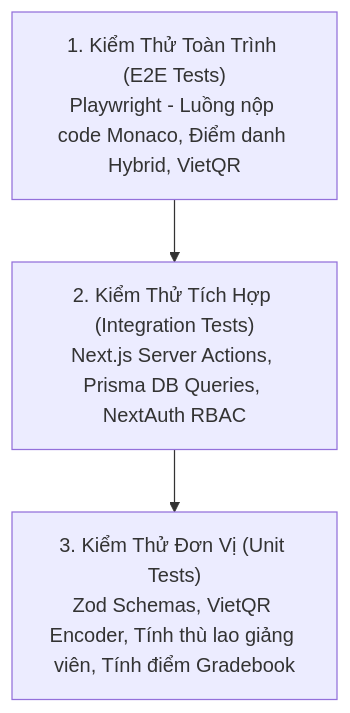
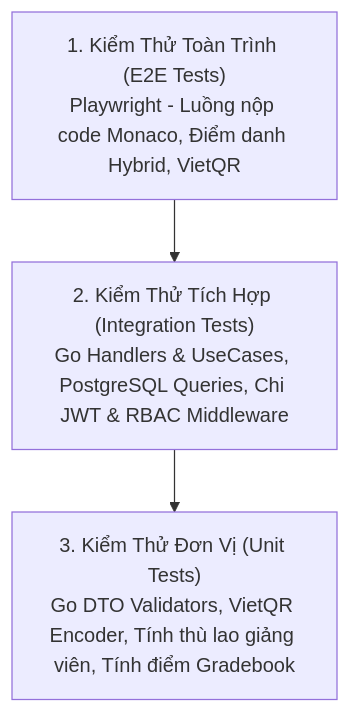
Before and after one commit to thang1834/lms: the diagram in docs/test-plan.md, drawn with Mermaid. The commit also changed 2 other files, not shown here.

Commit message:
refactor(docs): remove obsolete lms-documentation-plan.md, sync lms-center-platform.md with Go models and Taskfile

````diff
--- a/docs/test-plan.md
+++ b/docs/test-plan.md
@@ -14,9 +14,9 @@
 ```mermaid
 flowchart TD
     E2E["1. Kiểm Thử Toàn Trình (E2E Tests)<br/>Playwright - Luồng nộp code Monaco, Điểm danh Hybrid, VietQR"]
-    Integration["2. Kiểm Thử Tích Hợp (Integration Tests)<br/>Next.js Server Actions, Prisma DB Queries, NextAuth RBAC"]
-    Unit["3. Kiểm Thử Đơn Vị (Unit Tests)<br/>Zod Schemas, VietQR Encoder, Tính thù lao giảng viên, Tính điểm Gradebook"]
+    Integration["2. Kiểm Thử Tích Hợp (Integration Tests)<br/>Go Handlers & UseCases, PostgreSQL Queries, Chi JWT & RBAC Middleware"]
+    Unit["3. Kiểm Thử Đơn Vị (Unit Tests)<br/>Go DTO Validators, VietQR Encoder, Tính thù lao giảng viên, Tính điểm Gradebook"]
 
     E2E --> Integration
     Integration --> Unit
 ```
````
